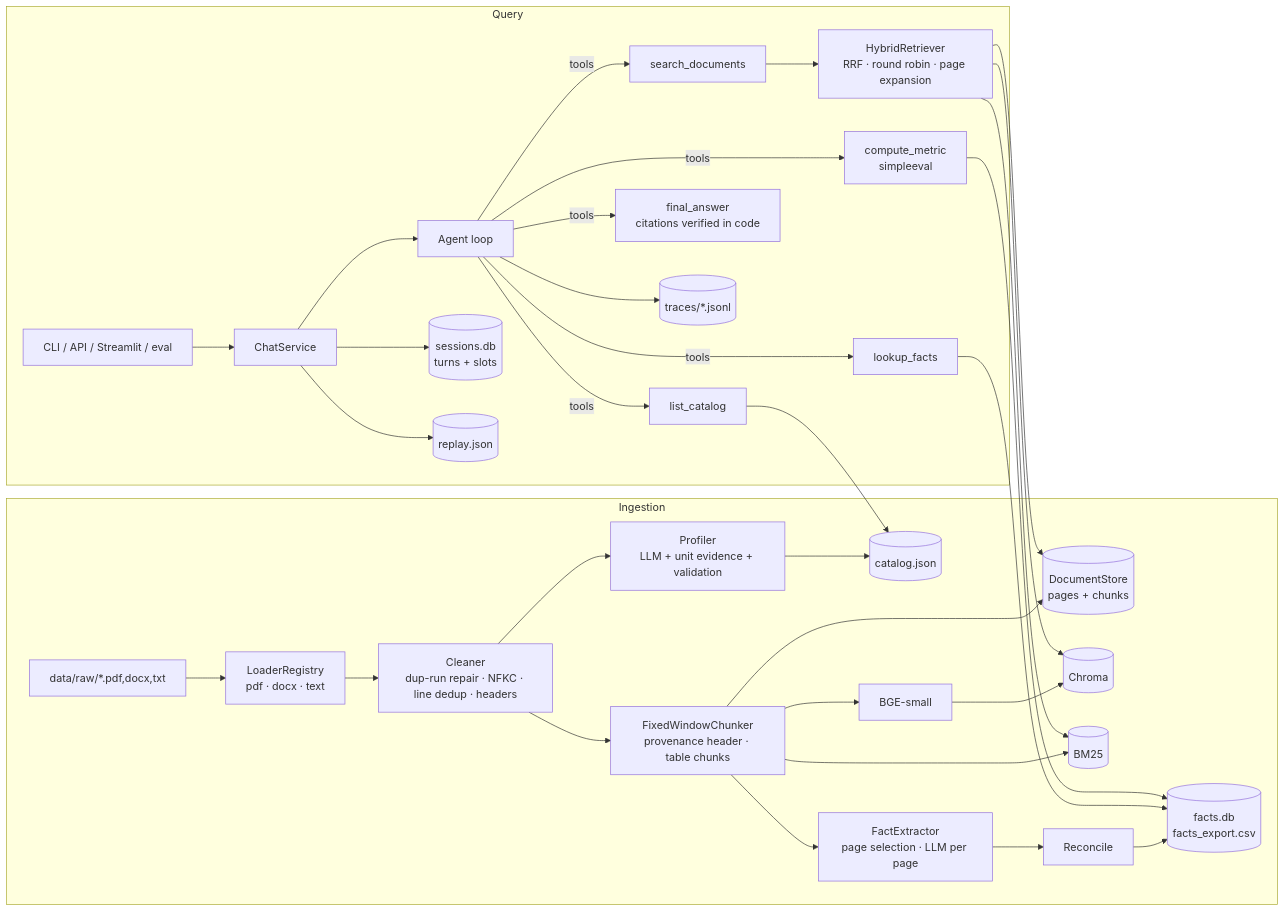
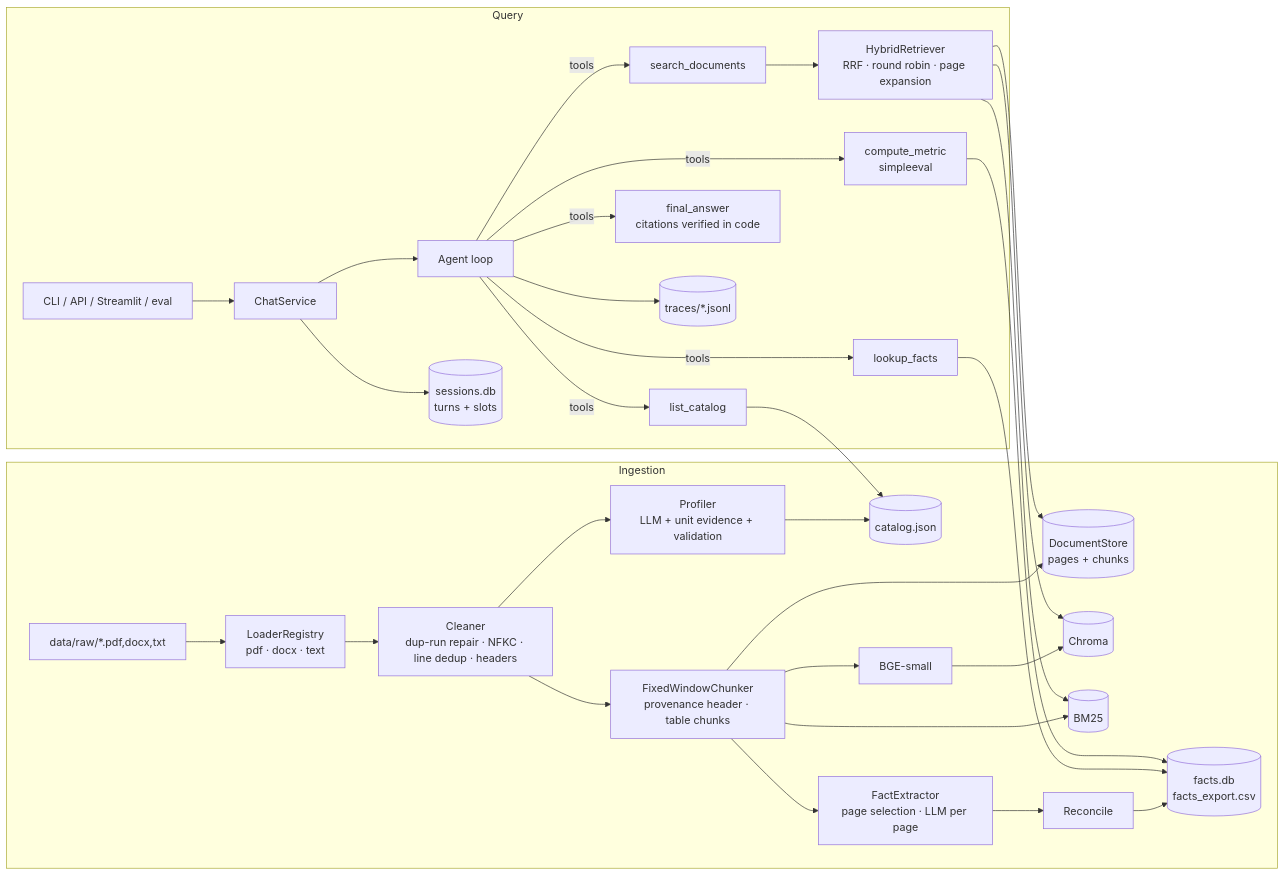
Before and after one commit to shawaiz0826/annual-report-rag: the first of 3 diagrams in docs/ARCHITECTURE.md, drawn with Mermaid. The commit also changed other lines of this file and 28 other files, not shown here.

````diff
--- a/docs/ARCHITECTURE.md
+++ b/docs/ARCHITECTURE.md
@@ -7,27 +7,26 @@
 ```mermaid
 flowchart LR
   subgraph Ingestion
     RAW[data/raw/*.pdf,docx,txt] --> LD[LoaderRegistry<br/>pdf · docx · text]
     LD --> CL[Cleaner<br/>dup-run repair · NFKC · line dedup · headers]
     CL --> PR[Profiler<br/>LLM + unit evidence + validation]
     PR --> CAT[(catalog.json)]
     CL --> CH[FixedWindowChunker<br/>provenance header · table chunks]
     CH --> DS[(DocumentStore<br/>pages + chunks)]
     CH --> EMB[BGE-small] --> VS[(Chroma)]
     CH --> BM[(BM25)]
     CH --> EX[FactExtractor<br/>page selection · LLM per page]
     EX --> RC[Reconcile] --> FS[(facts.db<br/>facts_export.csv)]
   end
   subgraph Query
     U[CLI / API / Streamlit / eval] --> SVC[ChatService]
     SVC --> AG[Agent loop]
     AG -->|tools| T1[list_catalog] --> CAT
     AG -->|tools| T2[search_documents] --> HR[HybridRetriever<br/>RRF · round robin · page expansion] --> VS & BM & DS
     AG -->|tools| T3[lookup_facts] --> FS
     AG -->|tools| T4[compute_metric<br/>simpleeval] --> FS
     AG -->|tools| T5[final_answer<br/>citations verified in code]
     AG --> TR[(traces/*.jsonl)]
     SVC --> SS[(sessions.db<br/>turns + slots)]
-    SVC --> RP[(replay.json)]
   end
 ```
````
